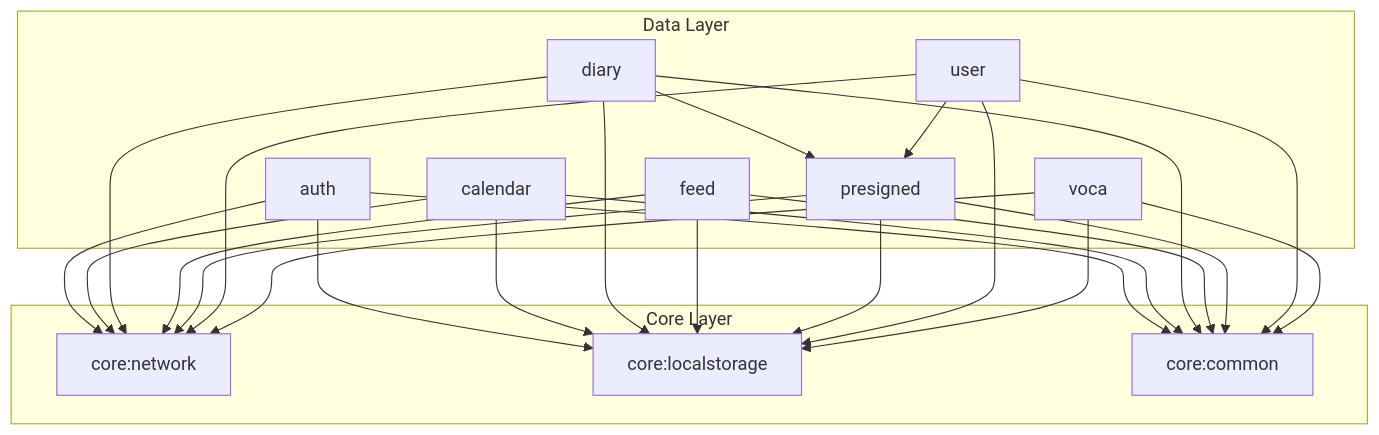
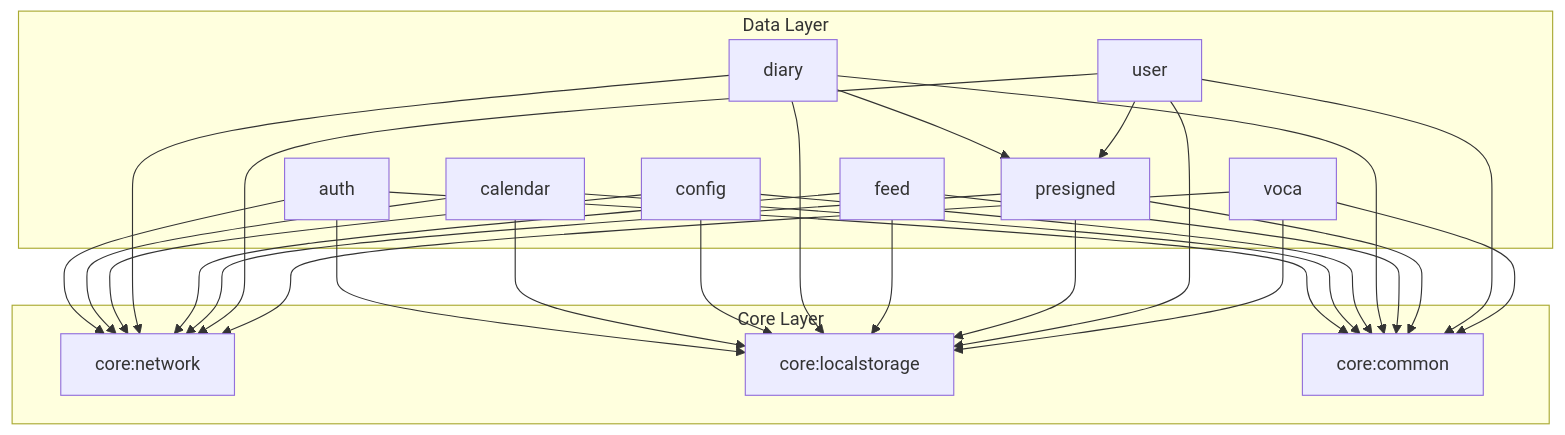
The third of 4 diagrams in README.md (Hi-lingual/Hilingual-Android), drawn with Mermaid before and after one commit. The commit also changed other lines of this file, not shown here.

Commit message:
docs: update module dependency graph in README
- Add data:config module to the data layer subgraph.
- Add dependency from splash to data_config.

````diff
--- a/README.md
+++ b/README.md
@@ -111,48 +113,53 @@
 ```mermaid
 graph TD
     subgraph Data Layer
         auth["auth"]
         calendar["calendar"]
+        config["config"]
         diary["diary"]
         feed["feed"]
         presigned["presigned"]
         user["user"]
         voca["voca"]
     end
 
     subgraph Core Layer
         core_network["core:network"]
         core_localstorage["core:localstorage"]
         core_common["core:common"]
     end
 
     auth --> core_network
     auth --> core_localstorage
     auth --> core_common
 
     calendar --> core_network
     calendar --> core_localstorage
     calendar --> core_common
+
+    config --> core_network
+    config --> core_localstorage
+    config --> core_common
 
     diary --> presigned
     diary --> core_network
     diary --> core_localstorage
     diary --> core_common
 
     feed --> core_network
     feed --> core_localstorage
     feed --> core_common
 
     presigned --> core_network
     presigned --> core_localstorage
     presigned --> core_common
 
     user --> presigned
     user --> core_network
     user --> core_localstorage
     user --> core_common
 
     voca --> core_network
     voca --> core_localstorage
     voca --> core_common
 ```
````
